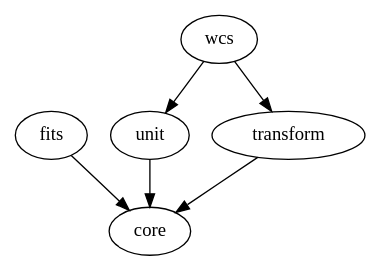
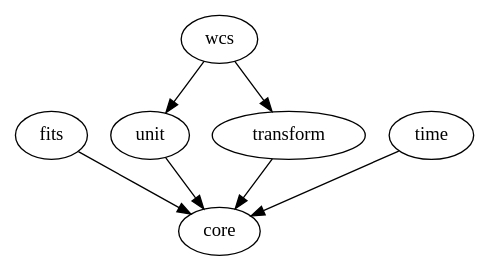
Before and after one commit to asdf-format/asdf-standard: the diagram in source/schemas/index.rst, drawn with Graphviz. The commit also changed other lines of this file and 2 other files, not shown here.

Commit message:
Add time type

```diff
--- a/source/schemas/index.rst
+++ b/source/schemas/index.rst
@@ -23,7 +24,8 @@
 .. digraph:: modules
 
    "fits" -> "core"
    "unit" -> "core"
+   "time" -> "core"
    "transform" -> "core"
    "wcs" -> "transform"
    "wcs" -> "unit"
```
